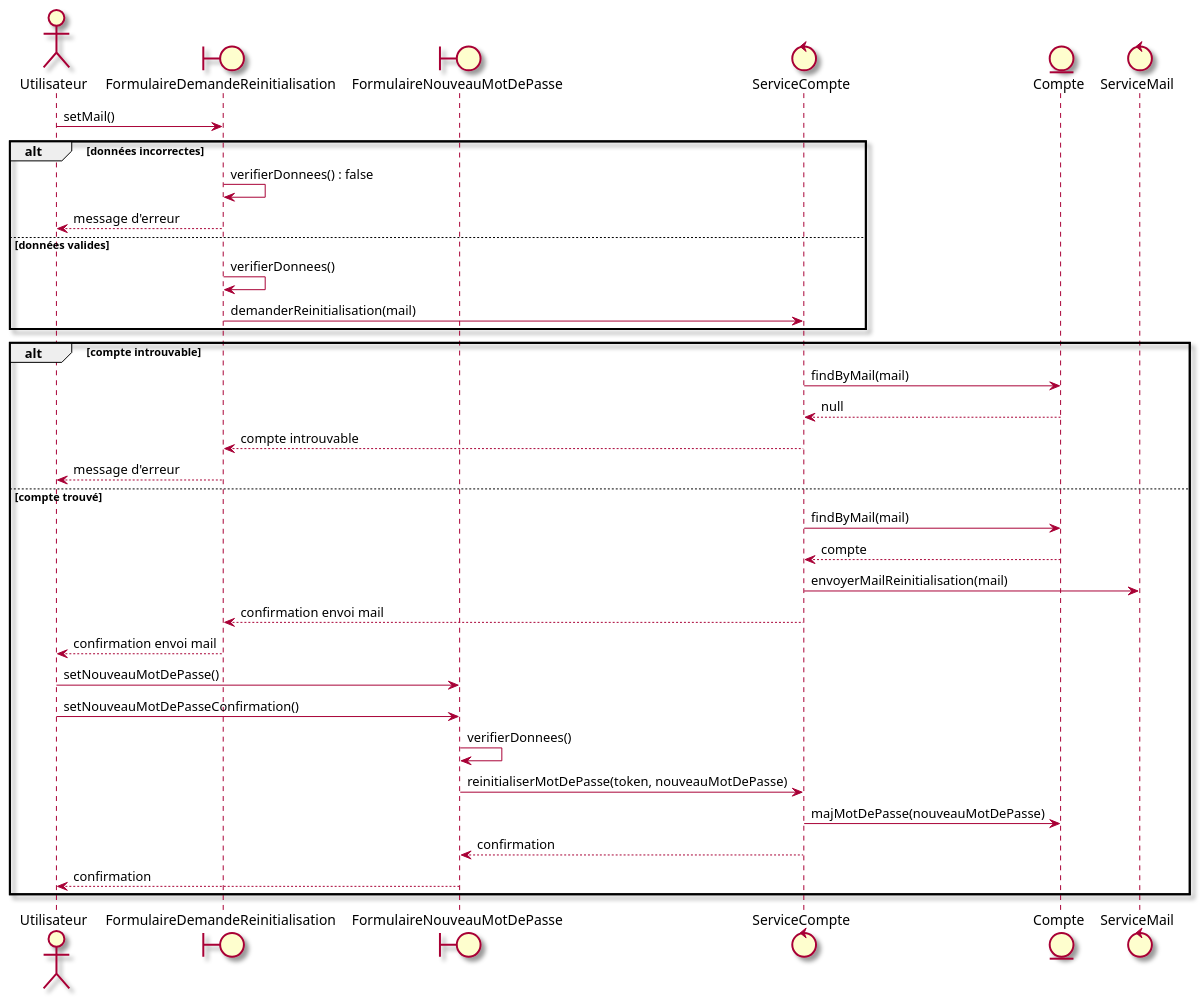
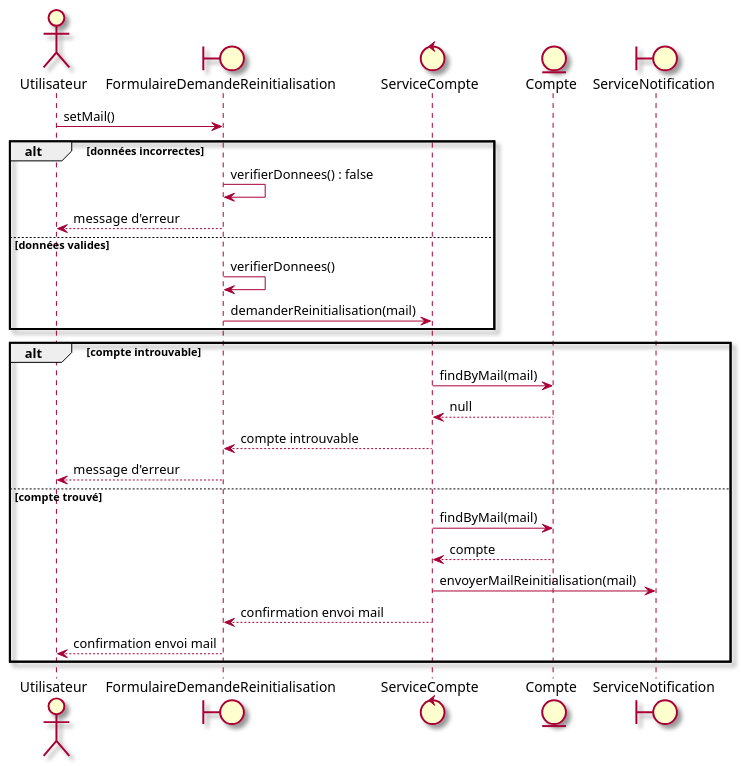
Diagram 13 of 58 in docs/02-Analyse.md (mrajaonson/glg204-room-management-system), drawn with PlantUML before and after one commit. The commit also changed other lines of this file and 3 other files, not shown here.

````diff
--- a/docs/02-Analyse.md
+++ b/docs/02-Analyse.md
@@ -477,39 +474,31 @@
 ```plantuml
 @startuml
 skin rose
 actor Utilisateur as u
 boundary FormulaireDemandeReinitialisation as ui
-boundary FormulaireNouveauMotDePasse as ui2
 control ServiceCompte as svc
 entity Compte as compte
-control ServiceMail as mail
+boundary ServiceNotification as notif
 
 u -> ui : setMail()
 alt données incorrectes
   ui -> ui : verifierDonnees() : false
   ui --> u : message d'erreur
 else données valides
   ui -> ui : verifierDonnees()
   ui -> svc : demanderReinitialisation(mail)
 end
 alt compte introuvable
   svc -> compte : findByMail(mail)
   compte --> svc : null
   svc --> ui : compte introuvable
   ui --> u : message d'erreur
 else compte trouvé
   svc -> compte : findByMail(mail)
   compte --> svc : compte
-  svc -> mail : envoyerMailReinitialisation(mail)
+  svc -> notif : envoyerMailReinitialisation(mail)
   svc --> ui : confirmation envoi mail
   ui --> u : confirmation envoi mail
-  u -> ui2 : setNouveauMotDePasse()
-  u -> ui2 : setNouveauMotDePasseConfirmation()
-  ui2 -> ui2 : verifierDonnees()
-  ui2 -> svc : reinitialiserMotDePasse(token, nouveauMotDePasse)
-  svc -> compte : majMotDePasse(nouveauMotDePasse)
-  svc --> ui2 : confirmation
-  ui2 --> u : confirmation
 end
 @enduml
 ```
````
